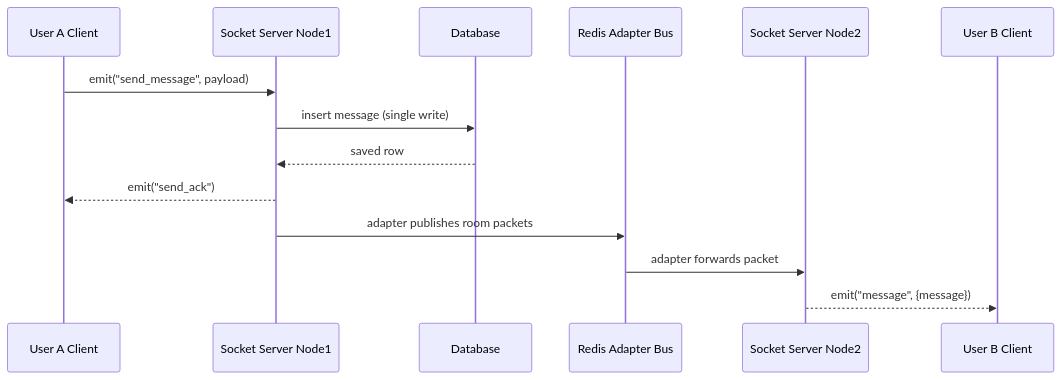
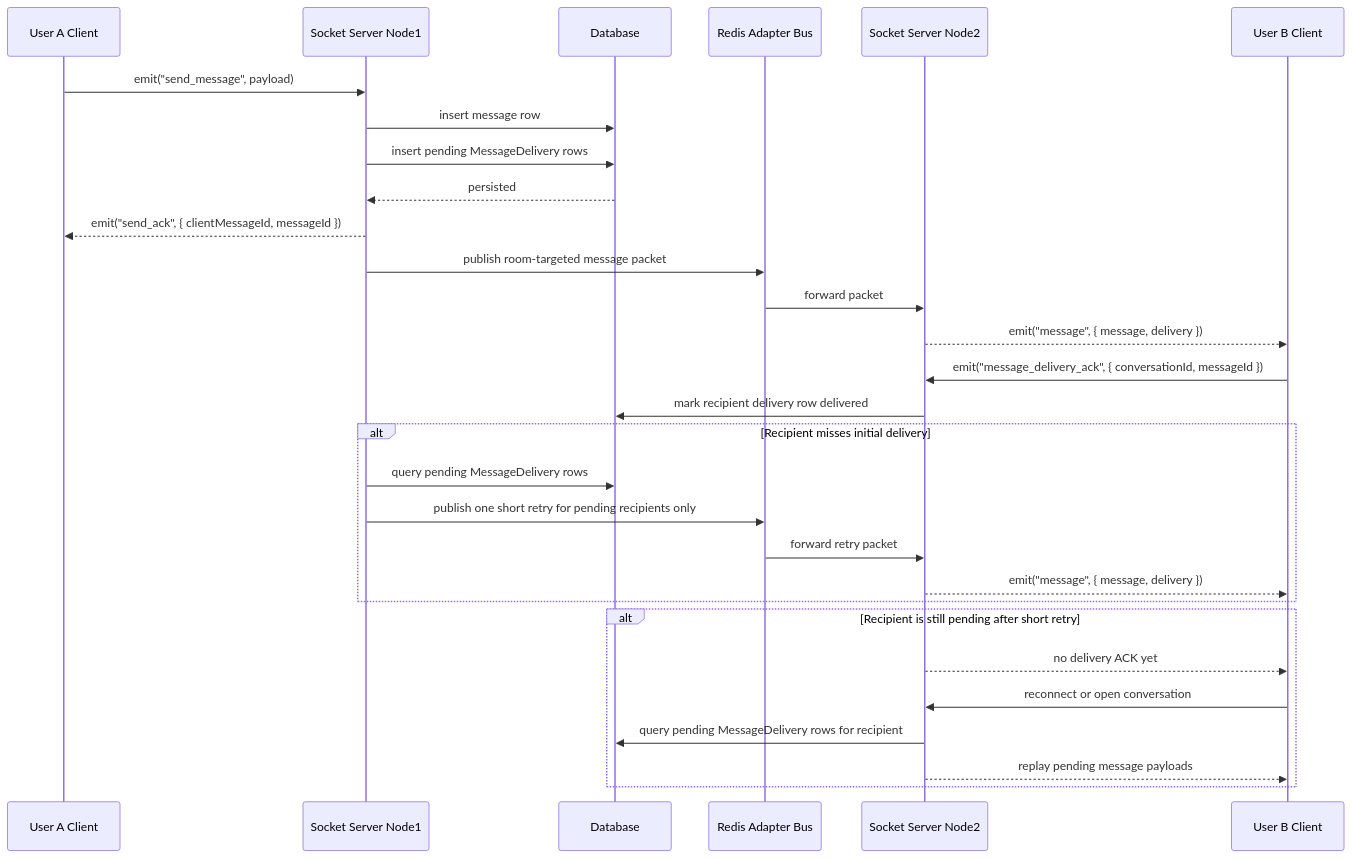
The third of 6 diagrams in ChatSystem.md (CaulesGe/ECE651-SecondHandMarket-ChatSystem-), drawn with Mermaid before and after one commit. The commit also changed other lines of this file and 6 other files, not shown here.

Commit message:
implemented receiver ack and retry logic

````diff
--- a/ChatSystem.md
+++ b/ChatSystem.md
@@ -269,17 +308,32 @@
 ```mermaid
 sequenceDiagram
   participant UA as User A Client
   participant N1 as Socket Server Node1
   participant DB as Database
   participant R as Redis Adapter Bus
   participant N2 as Socket Server Node2
   participant UB as User B Client
 
   UA->>N1: emit("send_message", payload)
-  N1->>DB: insert message (single write)
-  DB-->>N1: saved row
-  N1-->>UA: emit("send_ack")
-  N1->>R: adapter publishes room packets
-  R->>N2: adapter forwards packet
-  N2-->>UB: emit("message", {message})
+  N1->>DB: insert message row
+  N1->>DB: insert pending MessageDelivery rows
+  DB-->>N1: persisted
+  N1-->>UA: emit("send_ack", { clientMessageId, messageId })
+  N1->>R: publish room-targeted message packet
+  R->>N2: forward packet
+  N2-->>UB: emit("message", { message, delivery })
+  UB->>N2: emit("message_delivery_ack", { conversationId, messageId })
+  N2->>DB: mark recipient delivery row delivered
+  alt Recipient misses initial delivery
+    N1->>DB: query pending MessageDelivery rows
+    N1->>R: publish one short retry for pending recipients only
+    R->>N2: forward retry packet
+    N2-->>UB: emit("message", { message, delivery })
+  end
+  alt Recipient is still pending after short retry
+    N2-->>UB: no delivery ACK yet
+    UB->>N2: reconnect or open conversation
+    N2->>DB: query pending MessageDelivery rows for recipient
+    N2-->>UB: replay pending message payloads
+  end
 ```
````
